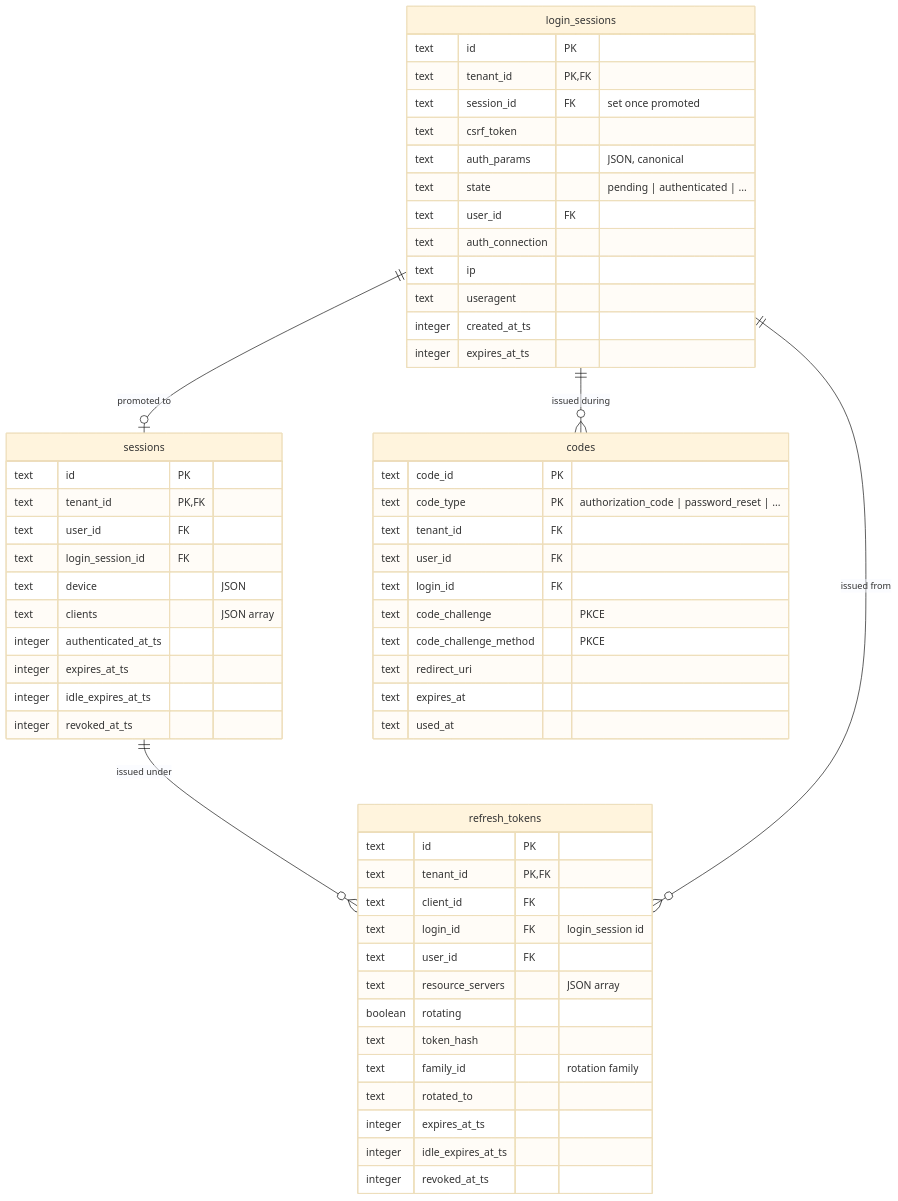
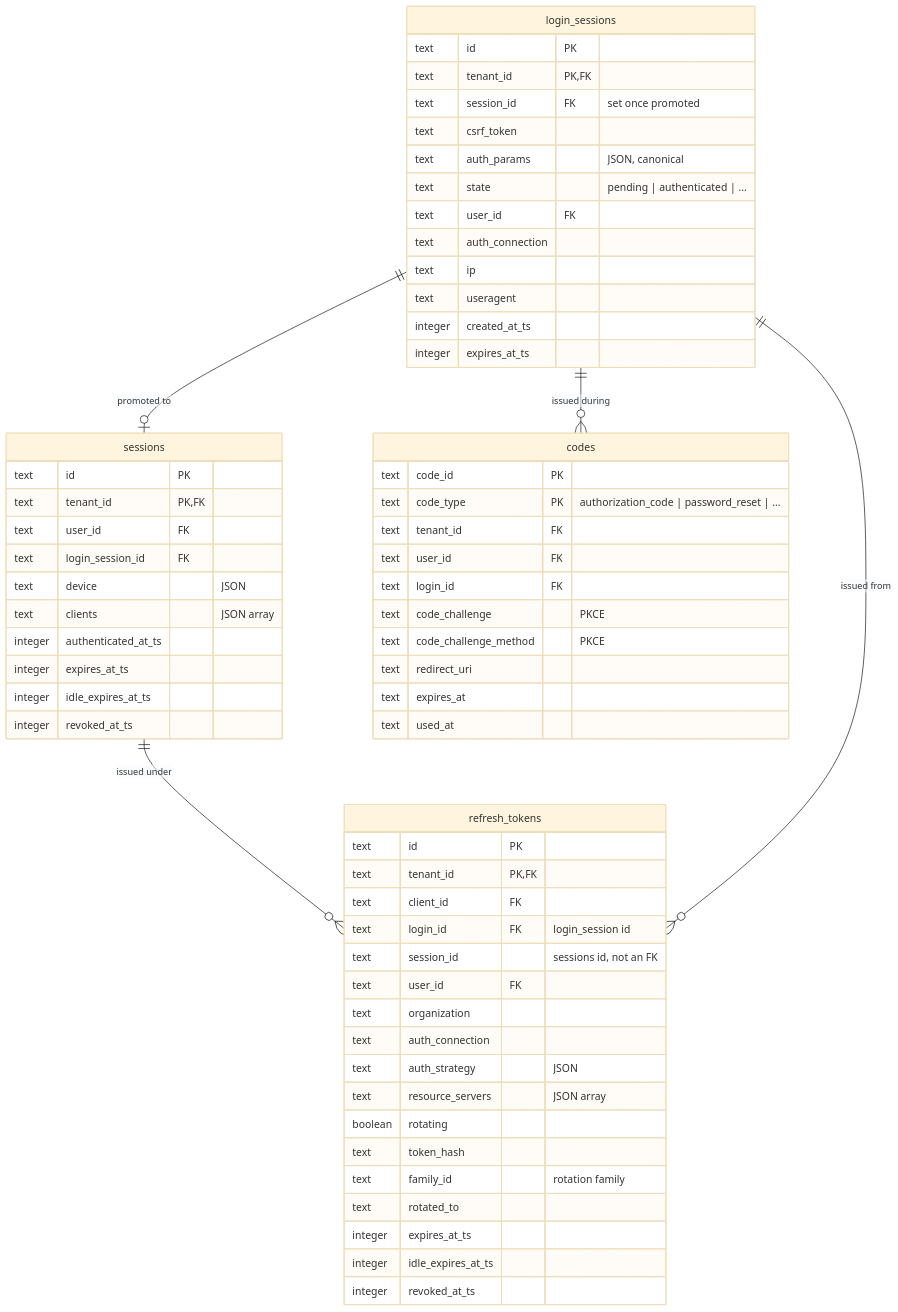
Before and after one commit to markusahlstrand/authhero: the third of 7 diagrams in apps/docs/database/schema.md, drawn with Mermaid (base theme). The commit also changed other lines of this file and 1 other file, not shown here.

First line of the commit message:
docs: document refresh-token session ownership and the revoke cascade

````diff
--- a/apps/docs/database/schema.md
+++ b/apps/docs/database/schema.md
@@ -210,64 +210,68 @@
 ```mermaid
 erDiagram
     login_sessions {
         text id PK
         text tenant_id PK,FK
         text session_id FK "set once promoted"
         text csrf_token
         text auth_params "JSON, canonical"
         text state "pending | authenticated | ..."
         text user_id FK
         text auth_connection
         text ip
         text useragent
         integer created_at_ts
         integer expires_at_ts
     }
 
     sessions {
         text id PK
         text tenant_id PK,FK
         text user_id FK
         text login_session_id FK
         text device "JSON"
         text clients "JSON array"
         integer authenticated_at_ts
         integer expires_at_ts
         integer idle_expires_at_ts
         integer revoked_at_ts
     }
 
     refresh_tokens {
         text id PK
         text tenant_id PK,FK
         text client_id FK
         text login_id FK "login_session id"
+        text session_id "sessions id, not an FK"
         text user_id FK
+        text organization
+        text auth_connection
+        text auth_strategy "JSON"
         text resource_servers "JSON array"
         boolean rotating
         text token_hash
         text family_id "rotation family"
         text rotated_to
         integer expires_at_ts
         integer idle_expires_at_ts
         integer revoked_at_ts
     }
 
     codes {
         text code_id PK
         text code_type PK "authorization_code | password_reset | ..."
         text tenant_id FK
         text user_id FK
         text login_id FK
         text code_challenge "PKCE"
         text code_challenge_method "PKCE"
         text redirect_uri
         text expires_at
         text used_at
     }
 
     login_sessions ||--o| sessions : "promoted to"
     sessions ||--o{ refresh_tokens : "issued under"
     login_sessions ||--o{ codes : "issued during"
     login_sessions ||--o{ refresh_tokens : "issued from"
 ```
````
